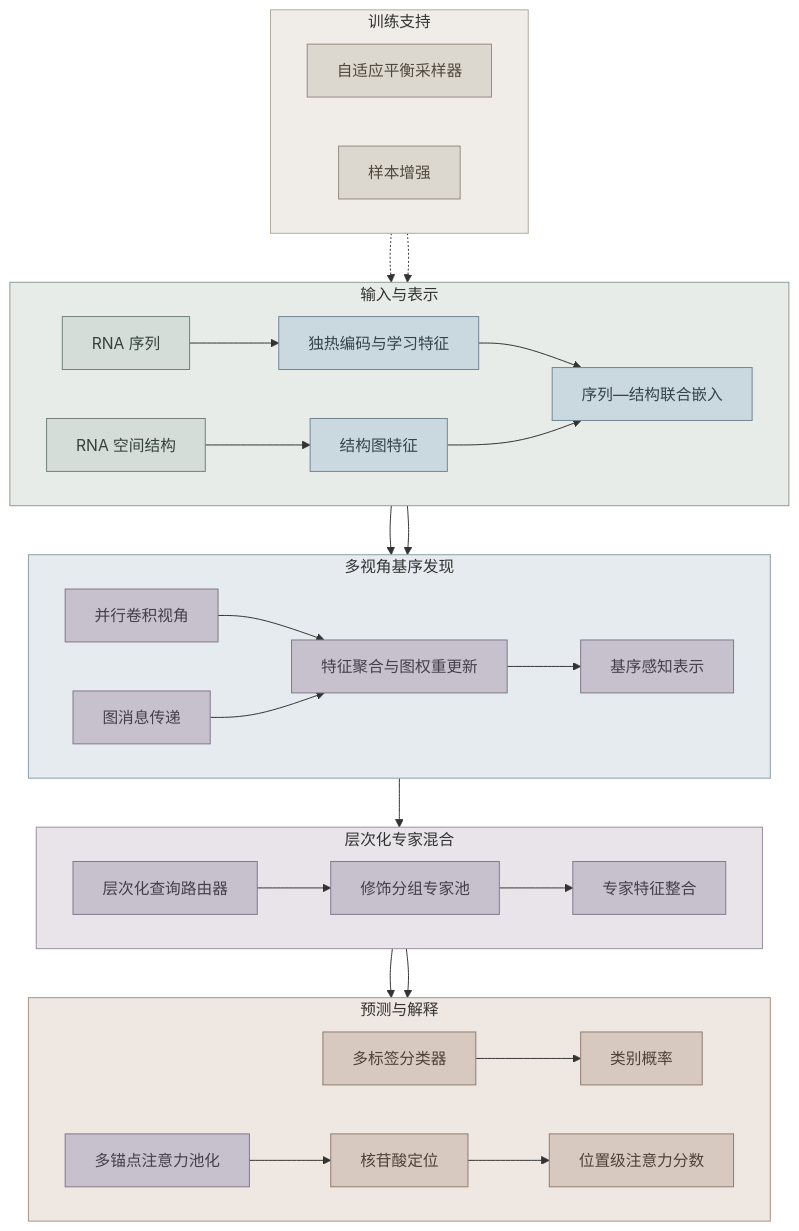
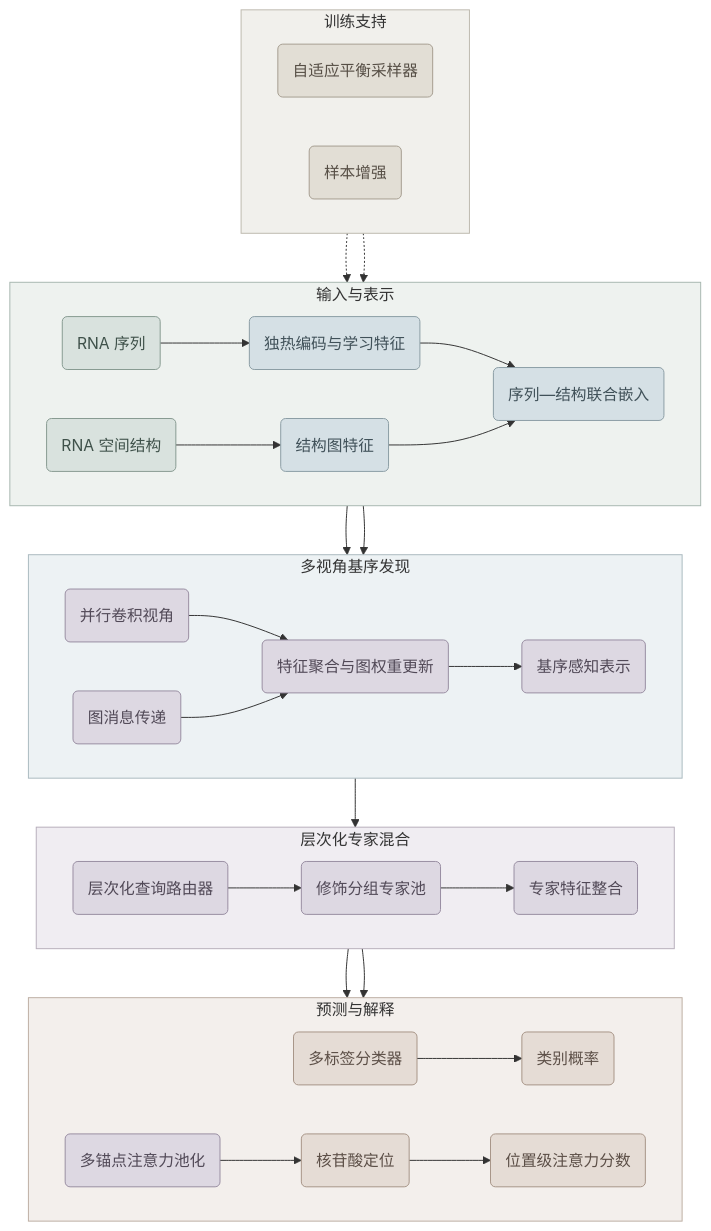
The fifth of 6 diagrams in README.md (CMB-BNU/mRModN_welcome_page), drawn with Mermaid before and after one commit. The commit also changed other lines of this file, not shown here.

````diff
--- a/README.md
+++ b/README.md
@@ -249,58 +267,58 @@
 ```mermaid
 flowchart TB
     subgraph INPUT[输入与表示]
         direction LR
-        S[RNA 序列] --> O[独热编码与学习特征]
-        R[RNA 空间结构] --> G[结构图特征]
-        O --> E[序列—结构联合嵌入]
+        S(RNA 序列) --> O(独热编码与学习特征)
+        R(RNA 空间结构) --> G(结构图特征)
+        O --> E(序列—结构联合嵌入)
         G --> E
     end
 
     subgraph DISCOVERY[多视角基序发现]
         direction LR
-        E --> C[并行卷积视角]
-        E --> M[图消息传递]
-        C --> U[特征聚合与图权重更新]
+        E --> C(并行卷积视角)
+        E --> M(图消息传递)
+        C --> U(特征聚合与图权重更新)
         M --> U
-        U --> F[基序感知表示]
+        U --> F(基序感知表示)
     end
 
     subgraph ROUTING[层次化专家混合]
         direction LR
-        F --> Q[层次化查询路由器]
-        Q --> P[修饰分组专家池]
-        P --> X[专家特征整合]
+        F --> Q(层次化查询路由器)
+        Q --> P(修饰分组专家池)
+        P --> X(专家特征整合)
     end
 
     subgraph PREDICTION[预测与解释]
         direction LR
-        X --> Y[多标签分类器]
-        X --> A[多锚点注意力池化]
-        Y --> Y1[类别概率]
-        A --> Z[核苷酸定位]
-        Z --> Z1[位置级注意力分数]
+        X --> Y(多标签分类器)
+        X --> A(多锚点注意力池化)
+        Y --> Y1(类别概率)
+        A --> Z(核苷酸定位)
+        Z --> Z1(位置级注意力分数)
     end
 
     subgraph TRAINING[训练支持]
         direction LR
-        T[自适应平衡采样器] -.-> O
-        N[样本增强] -.-> O
+        T(自适应平衡采样器) -.-> O
+        N(样本增强) -.-> O
     end
 
-    style INPUT fill:#E7ECE8,stroke:#8D9B92,stroke-width:1px
-    style DISCOVERY fill:#E5EBEF,stroke:#8B9DA7,stroke-width:1px
-    style ROUTING fill:#E8E4EA,stroke:#9A8EA0,stroke-width:1px
-    style PREDICTION fill:#EEE7E2,stroke:#A89284,stroke-width:1px
-    style TRAINING fill:#F0EDE8,stroke:#B2A99E,stroke-width:1px
+    style INPUT fill:#EEF2EF,stroke:#A8B7B0,stroke-width:1px
+    style DISCOVERY fill:#EDF2F4,stroke:#AAB9BF,stroke-width:1px
+    style ROUTING fill:#F0EDF2,stroke:#B7AEBB,stroke-width:1px
+    style PREDICTION fill:#F3EFEC,stroke:#BDAEA3,stroke-width:1px
+    style TRAINING fill:#F1F0EC,stroke:#BDB9AE,stroke-width:1px
 
-    classDef input fill:#D5DDD8,stroke:#718078,color:#35423C,stroke-width:1px
-    classDef representation fill:#CAD8E0,stroke:#718692,color:#35434C,stroke-width:1px
-    classDef core fill:#C7C1CE,stroke:#817789,color:#443F4B,stroke-width:1px
-    classDef output fill:#D8C9C0,stroke:#907B6D,color:#4E4139,stroke-width:1px
-    classDef training fill:#DDD8CF,stroke:#958A7D,color:#50483F,stroke-width:1px
+    classDef input fill:#D9E2DE,stroke:#879A91,color:#3F514A,stroke-width:1px
+    classDef representation fill:#D5E0E5,stroke:#8B9DA4,color:#405159,stroke-width:1px
+    classDef core fill:#DDD8E2,stroke:#988DA1,color:#514957,stroke-width:1px
+    classDef output fill:#E5DCD5,stroke:#A69487,color:#5C4F47,stroke-width:1px
+    classDef training fill:#E2DED5,stroke:#A59D90,color:#574F46,stroke-width:1px
     class S,R input
     class O,G,E representation
     class C,M,U,F,Q,P,X,A core
     class Y,Y1,Z,Z1 output
     class T,N training
 ```
````
